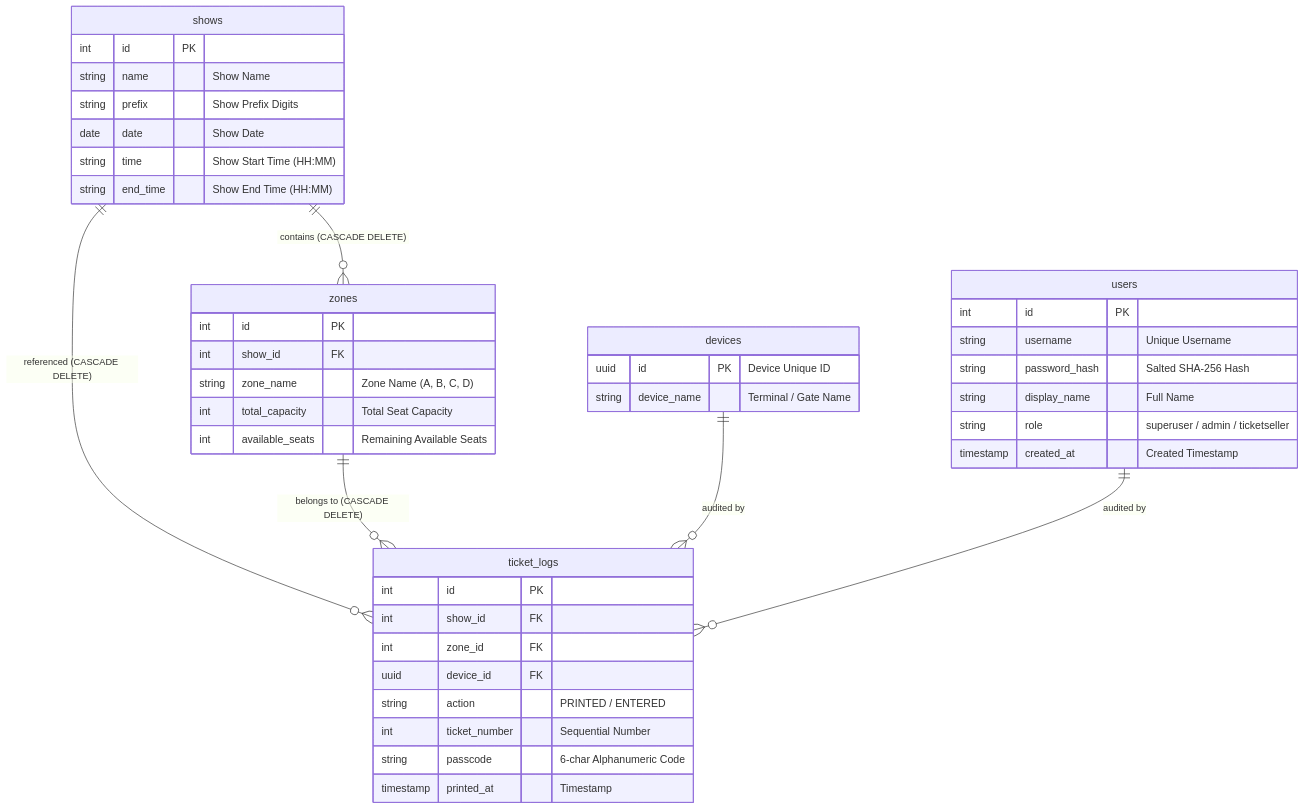
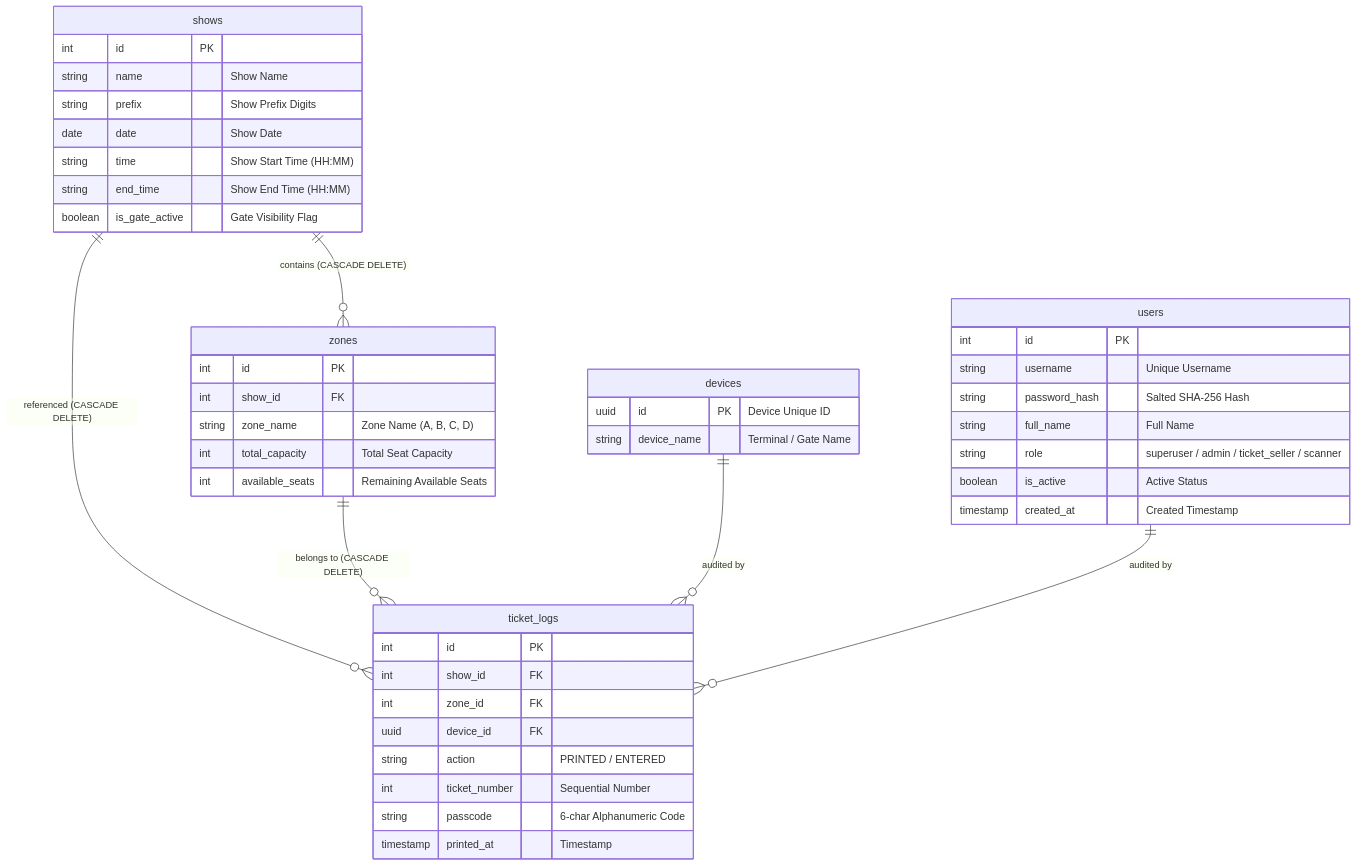
One commit to mina-android/stmarkos-theatre changed the second of 2 diagrams in README.md. Above: the diagram before and after it, drawn with Mermaid. The commit also changed other lines of this file, not shown here.

Commit message:
docs: update README with 4-tier RBAC, gate show visibility control, 12H time formatting, and cloud deployment

````diff
--- a/README.md
+++ b/README.md
@@ -68,50 +72,52 @@
 ```mermaid
 erDiagram
     shows ||--o{ zones : "contains (CASCADE DELETE)"
     shows ||--o{ ticket_logs : "referenced (CASCADE DELETE)"
     zones ||--o{ ticket_logs : "belongs to (CASCADE DELETE)"
     devices ||--o{ ticket_logs : "audited by"
     users ||--o{ ticket_logs : "audited by"
 
     shows {
         int id PK
         string name "Show Name"
         string prefix "Show Prefix Digits"
         date date "Show Date"
         string time "Show Start Time (HH:MM)"
         string end_time "Show End Time (HH:MM)"
+        boolean is_gate_active "Gate Visibility Flag"
     }
 
     zones {
         int id PK
         int show_id FK
         string zone_name "Zone Name (A, B, C, D)"
         int total_capacity "Total Seat Capacity"
         int available_seats "Remaining Available Seats"
     }
 
     devices {
         uuid id PK "Device Unique ID"
         string device_name "Terminal / Gate Name"
     }
 
     users {
         int id PK
         string username "Unique Username"
         string password_hash "Salted SHA-256 Hash"
-        string display_name "Full Name"
-        string role "superuser / admin / ticketseller"
+        string full_name "Full Name"
+        string role "superuser / admin / ticket_seller / scanner"
+        boolean is_active "Active Status"
         timestamp created_at "Created Timestamp"
     }
 
     ticket_logs {
         int id PK
         int show_id FK
         int zone_id FK
         uuid device_id FK
         string action "PRINTED / ENTERED"
         int ticket_number "Sequential Number"
         string passcode "6-char Alphanumeric Code"
         timestamp printed_at "Timestamp"
     }
 ```
````
